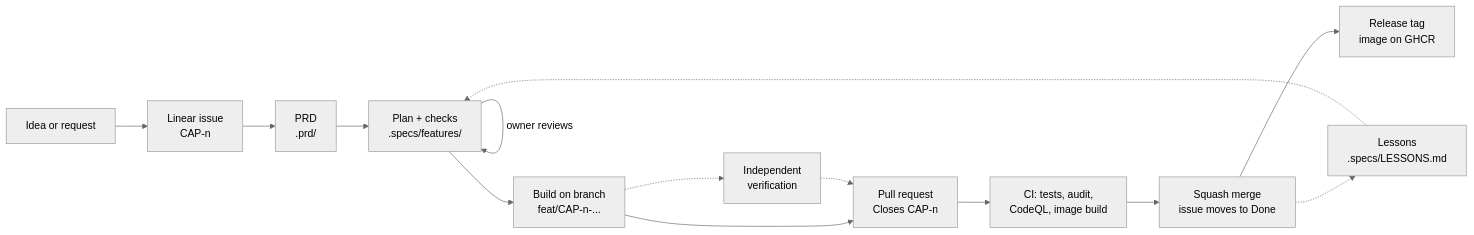
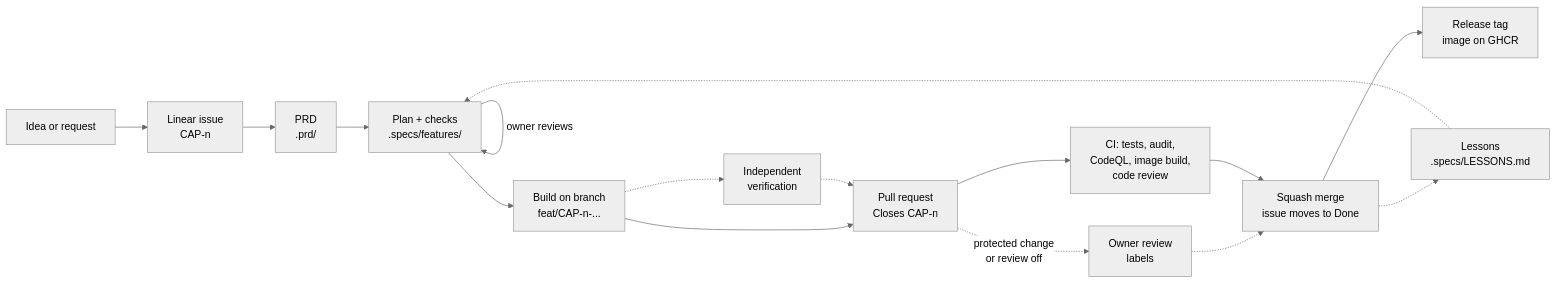
One commit to tghcastro/capital-care-v2 changed the diagram in docs/workflow.md. Above: the diagram before and after it, drawn with Mermaid (neutral theme). The commit also changed other lines of this file and 5 other files, not shown here.

````diff
--- a/docs/workflow.md
+++ b/docs/workflow.md
@@ -24,16 +24,18 @@
 ```mermaid
 flowchart LR
     A[Idea or request] --> B[Linear issue<br/>CAP-n]
     B --> C[PRD<br/>.prd/]
     C --> D[Plan + checks<br/>.specs/features/]
     D -->|owner reviews| D
     D --> E[Build on branch<br/>feat/CAP-n-...]
     E --> F[Pull request<br/>Closes CAP-n]
-    F --> G[CI: tests, audit,<br/>CodeQL, image build]
+    F --> G[CI: tests, audit,<br/>CodeQL, image build,<br/>code review]
+    F -.->|protected change<br/>or review off| O[Owner review<br/>labels]
+    O -.-> H
     G --> H[Squash merge<br/>issue moves to Done]
     H --> I[Release tag<br/>image on GHCR]
     E -.-> J[Independent<br/>verification]
     J -.-> F
     H -.-> K[Lessons<br/>.specs/LESSONS.md]
     K -.-> D
 ```
````
